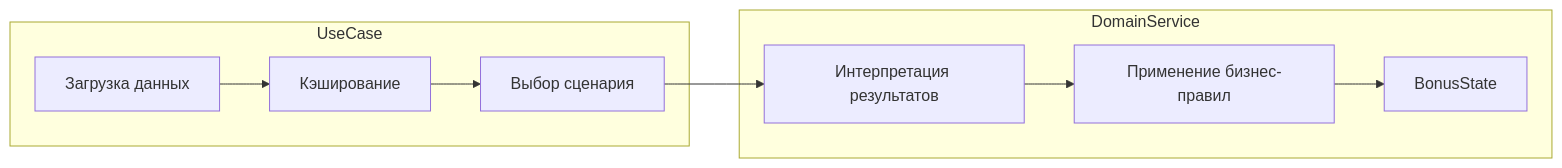
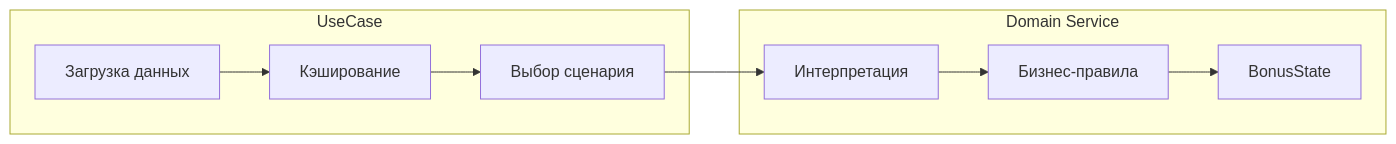
One commit to z0rgoyok/clean-architecture-domain-service changed the second of 6 diagrams in README.md. Above: the diagram before and after it, drawn with Mermaid. The commit also changed other lines of this file, not shown here.

Commit message:
Refactor: remove duplicates, improve reasoning flow

````diff
--- a/README.md
+++ b/README.md
@@ -73,14 +77,14 @@
 ```mermaid
 flowchart LR
-    subgraph UseCase
+    subgraph UC[UseCase]
         A[Загрузка данных] --> B[Кэширование]
         B --> C[Выбор сценария]
     end
 
-    subgraph DomainService
-        D[Интерпретация результатов] --> E[Применение бизнес-правил]
+    subgraph DS[Domain Service]
+        D[Интерпретация] --> E[Бизнес-правила]
         E --> F[BonusState]
     end
 
     C --> D
 ```
````
